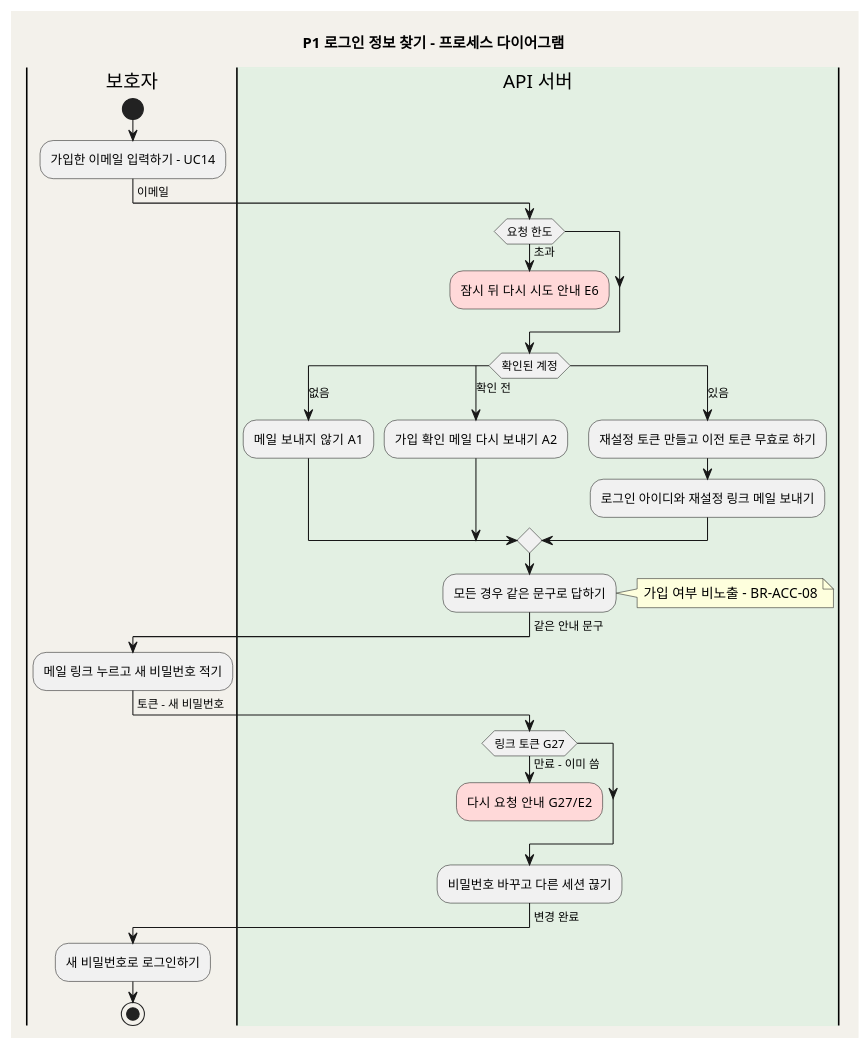
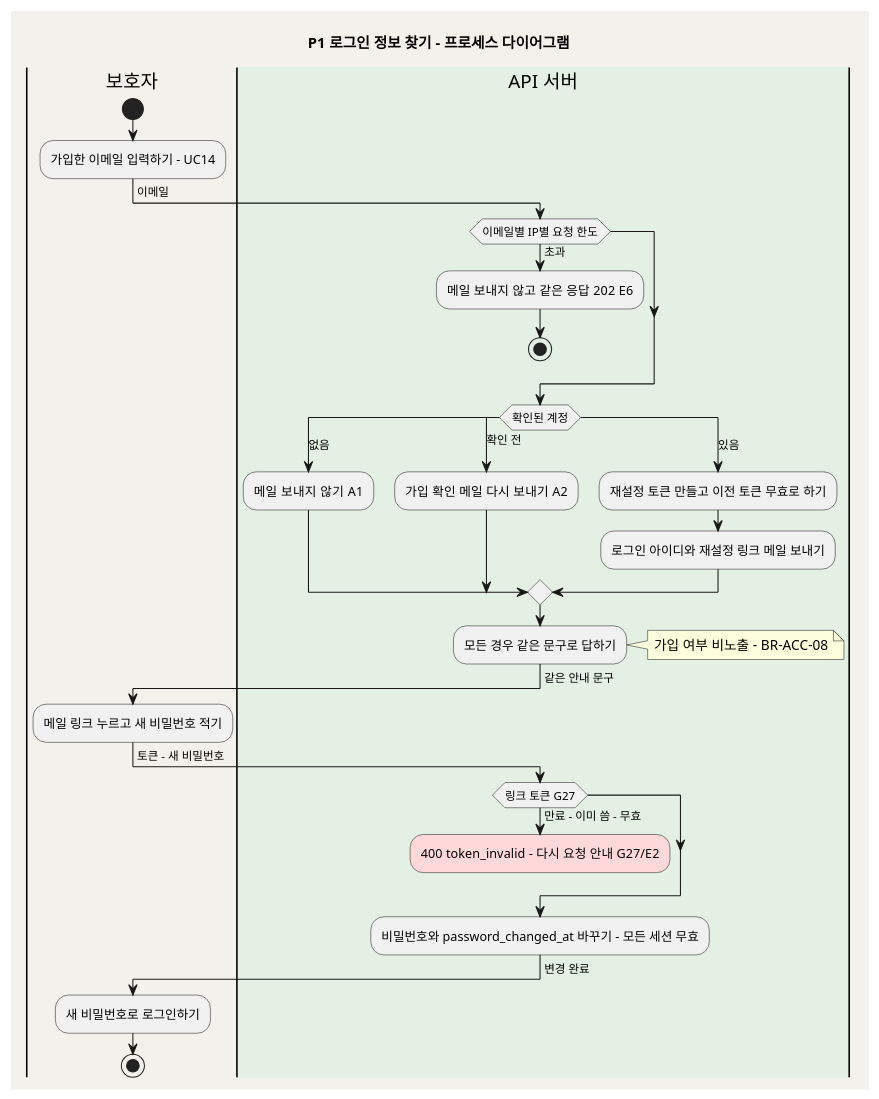
One commit to kids-gallery/uri-gallery changed the sixth of 17 diagrams in design/SD_01_프로세스설계서_우리아이미술관.md. Above: the diagram before and after it, drawn with PlantUML. The commit also changed other lines of this file and 10 other files, not shown here.

````diff
--- a/design/SD_01_프로세스설계서_우리아이미술관.md
+++ b/design/SD_01_프로세스설계서_우리아이미술관.md
@@ -518,41 +524,41 @@
 ```plantuml
 @startuml
 skinparam backgroundColor #F3F1EB
 skinparam shadowing false
 title P1 로그인 정보 찾기 - 프로세스 다이어그램
 |보호자|
 start
 :가입한 이메일 입력하기 - UC14;
 -> 이메일;
 |#E3F0E3|API 서버|
-if (요청 한도) then (초과)
-  #FFD9D9:잠시 뒤 다시 시도 안내  E6;
-  kill
+if (이메일별 IP별 요청 한도) then (초과)
+  :메일 보내지 않고 같은 응답 202  E6;
+  stop
 endif
 switch (확인된 계정)
 case (없음)
   :메일 보내지 않기  A1;
 case (확인 전)
   :가입 확인 메일 다시 보내기  A2;
 case (있음)
   :재설정 토큰 만들고 이전 토큰 무효로 하기;
   :로그인 아이디와 재설정 링크 메일 보내기;
 endswitch
 :모든 경우 같은 문구로 답하기;
 note right: 가입 여부 비노출 - BR-ACC-08
 -> 같은 안내 문구;
 |보호자|
 :메일 링크 누르고 새 비밀번호 적기;
 -> 토큰 - 새 비밀번호;
 |#E3F0E3|API 서버|
-if (링크 토큰 G27) then (만료 - 이미 씀)
-  #FFD9D9:다시 요청 안내  G27/E2;
+if (링크 토큰 G27) then (만료 - 이미 씀 - 무효)
+  #FFD9D9:400 token_invalid - 다시 요청 안내  G27/E2;
   kill
 endif
-:비밀번호 바꾸고 다른 세션 끊기;
+:비밀번호와 password_changed_at 바꾸기 - 모든 세션 무효;
 -> 변경 완료;
 |보호자|
 :새 비밀번호로 로그인하기;
 stop
 @enduml
 ```
````
